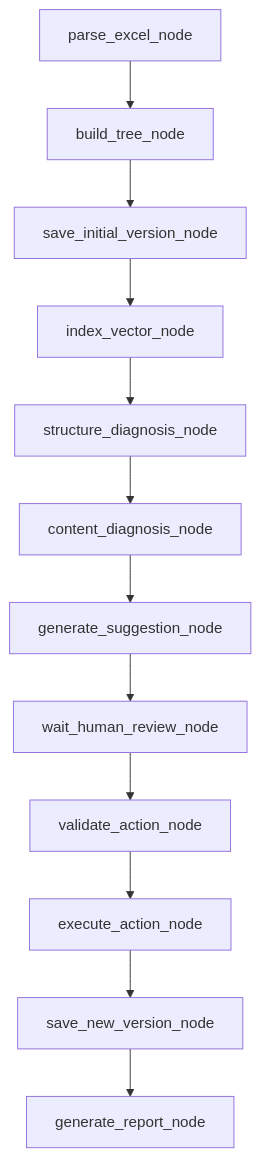
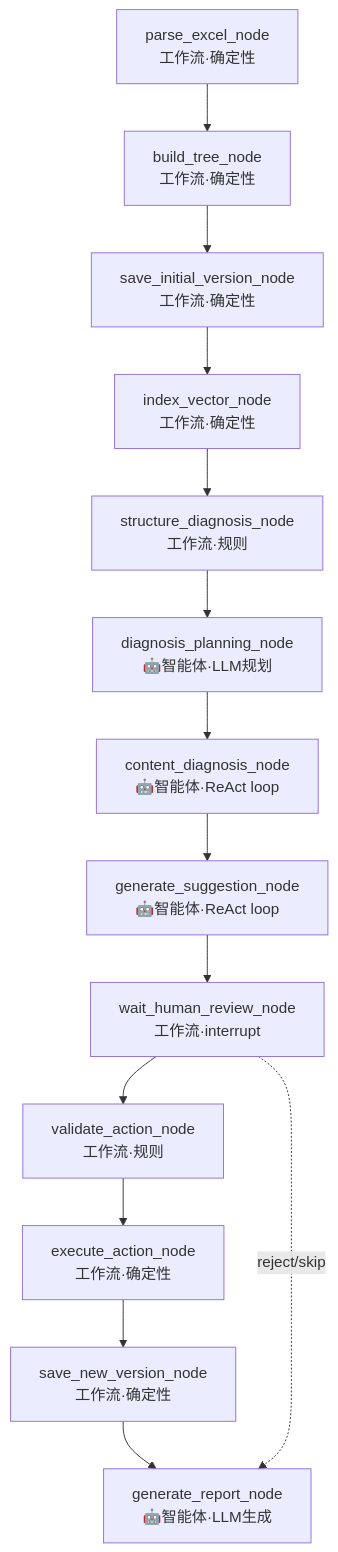
One commit to nagyan78/SystemMaintenanceAgent changed the third of 3 diagrams in dev-doc/产品标准体系维护智能体_技术架构设计.md. Above: the diagram before and after it, drawn with Mermaid. The commit also changed other lines of this file and 35 other files, not shown here.

Commit message:
feat: implement m2 content diagnosis agent

````diff
--- a/dev-doc/产品标准体系维护智能体_技术架构设计.md
+++ b/dev-doc/产品标准体系维护智能体_技术架构设计.md
@@ -233,14 +287,16 @@
 ```mermaid
 flowchart TD
-    A[parse_excel_node] --> B[build_tree_node]
-    B --> C[save_initial_version_node]
-    C --> D[index_vector_node]
-    D --> E[structure_diagnosis_node]
-    E --> F[content_diagnosis_node]
-    F --> G[generate_suggestion_node]
-    G --> H[wait_human_review_node]
-    H --> I[validate_action_node]
-    I --> J[execute_action_node]
-    J --> K[save_new_version_node]
-    K --> L[generate_report_node]
+    A[parse_excel_node<br/>工作流·确定性] --> B[build_tree_node<br/>工作流·确定性]
+    B --> C[save_initial_version_node<br/>工作流·确定性]
+    C --> D[index_vector_node<br/>工作流·确定性]
+    D --> E[structure_diagnosis_node<br/>工作流·规则]
+    E --> P[diagnosis_planning_node<br/>🤖智能体·LLM规划]
+    P --> F[content_diagnosis_node<br/>🤖智能体·ReAct loop]
+    F --> G[generate_suggestion_node<br/>🤖智能体·ReAct loop]
+    G --> H[wait_human_review_node<br/>工作流·interrupt]
+    H --> I[validate_action_node<br/>工作流·规则]
+    I --> J[execute_action_node<br/>工作流·确定性]
+    J --> K[save_new_version_node<br/>工作流·确定性]
+    K --> L[generate_report_node<br/>🤖智能体·LLM生成]
+    H -.->|reject/skip| L
 ```
````
